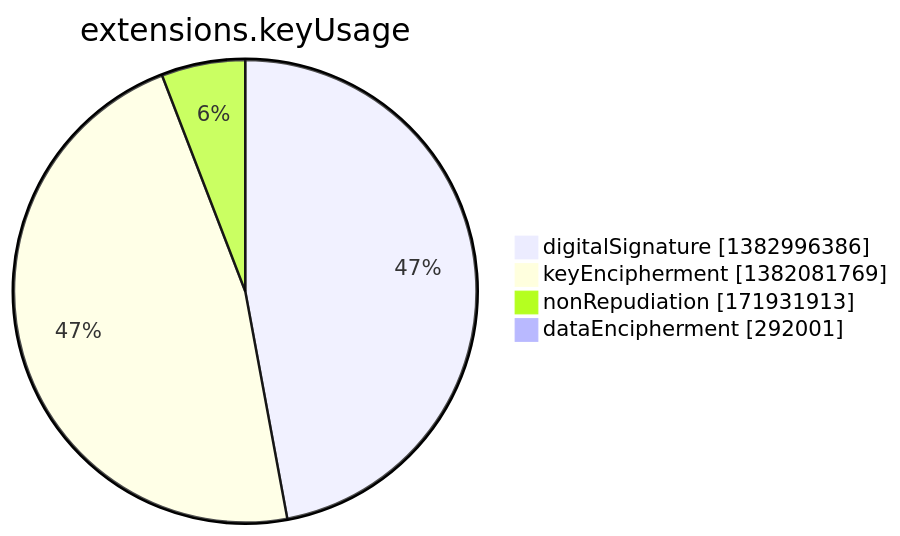
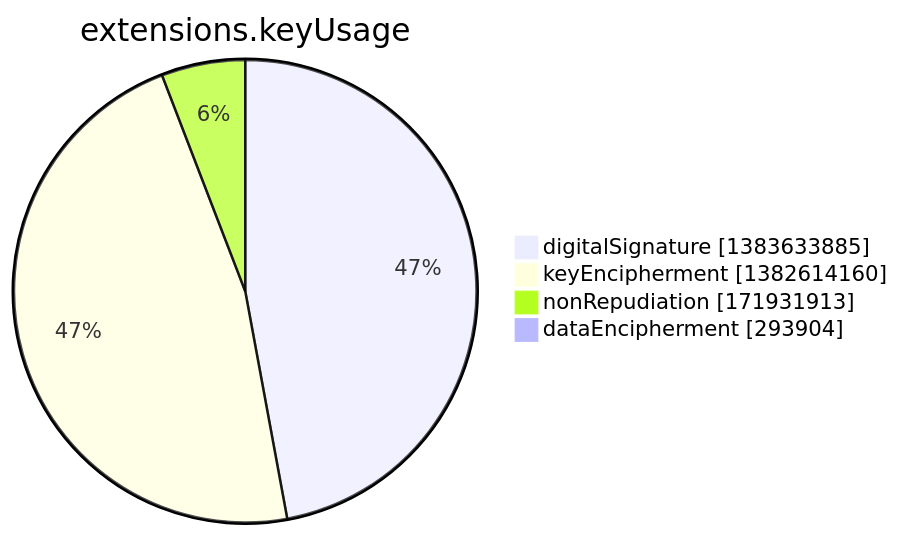
One commit to christiankrug/ctmonitor_visualization changed the seventh of 15 diagrams in argon2022/README.md. Above: the diagram before and after it, drawn with Mermaid. The commit also changed other lines of this file, not shown here.

````diff
--- a/argon2022/README.md
+++ b/argon2022/README.md
@@ -2751,8 +2751,8 @@
 ```mermaid
 pie showData
 title extensions.keyUsage
-"digitalSignature" :1382996386
-"keyEncipherment" :1382081769
+"digitalSignature" :1383633885
+"keyEncipherment" :1382614160
 "nonRepudiation" :171931913
-"dataEncipherment" :292001
+"dataEncipherment" :293904
 ```
````
